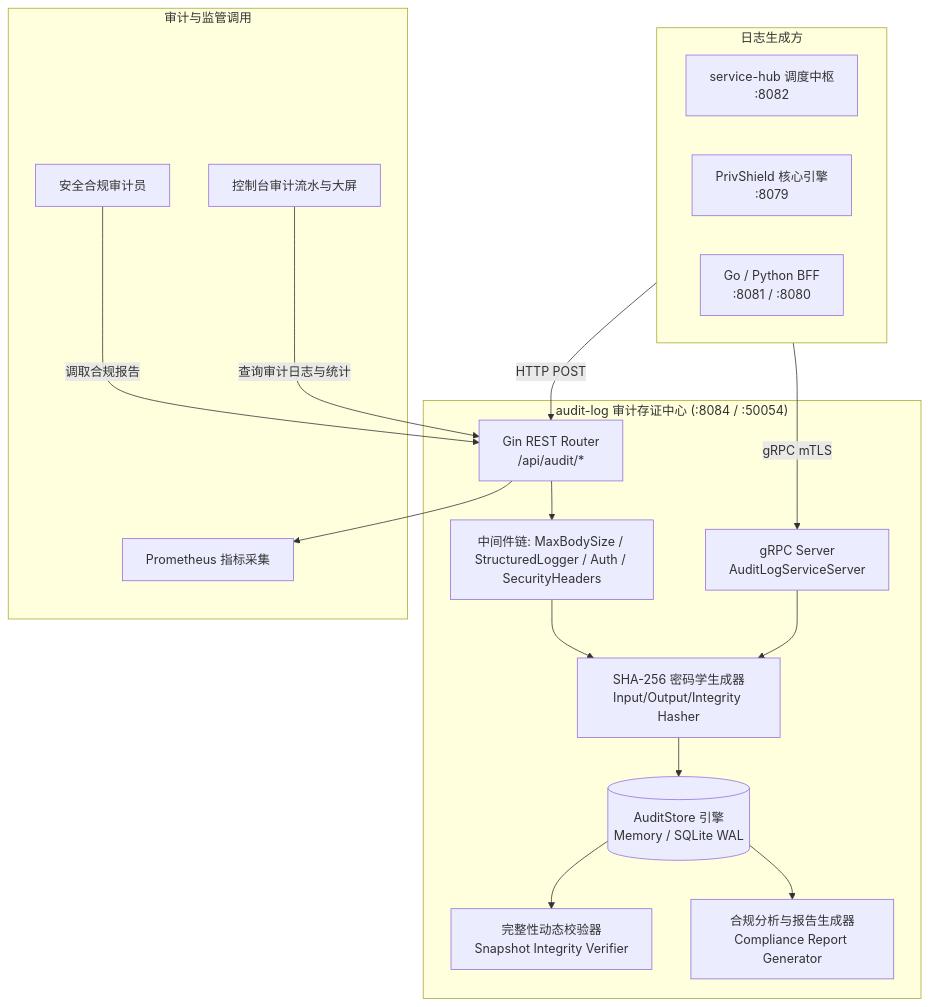
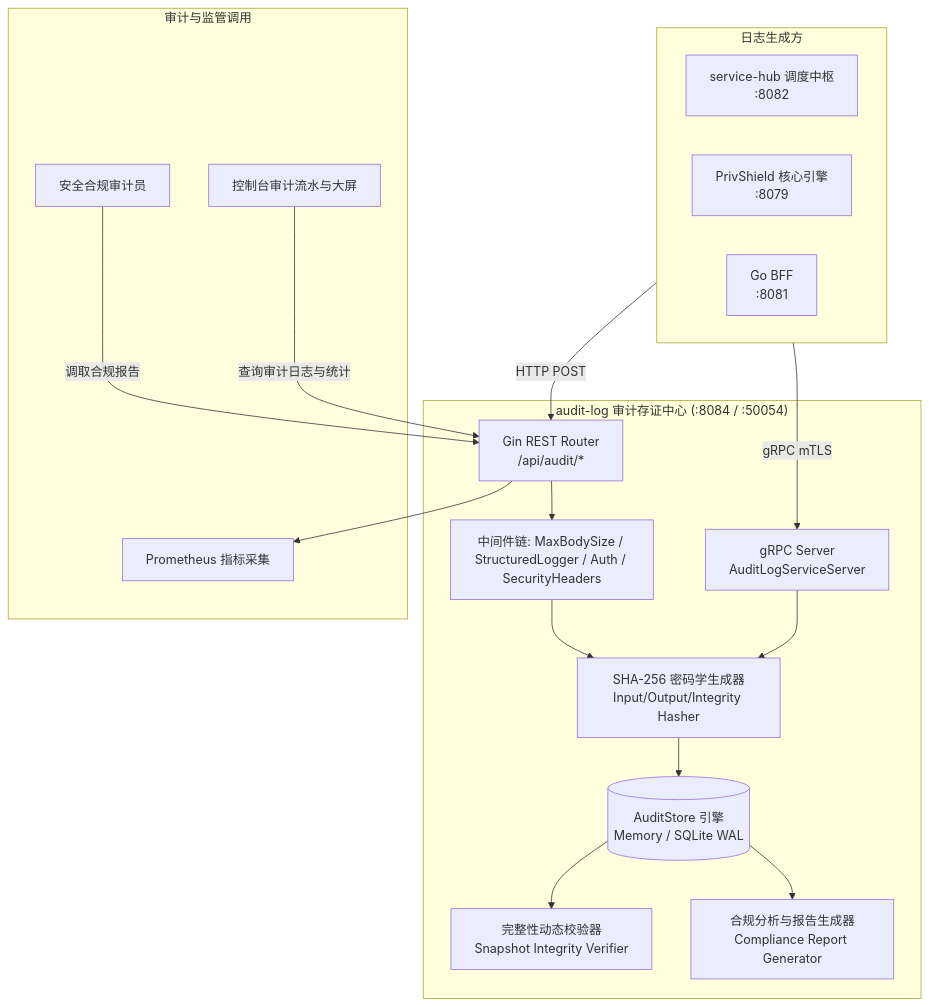
One commit to fengzhizi319/PrivShield changed the first of 3 diagrams in services/audit-log/docs/learning-guide.md. Above: the diagram before and after it, drawn with Mermaid. The commit also changed 89 other files, not shown here.

````diff
--- a/services/audit-log/docs/learning-guide.md
+++ b/services/audit-log/docs/learning-guide.md
@@ -70,40 +70,40 @@
 ```mermaid
 flowchart TB
     subgraph Producers [日志生成方]
         ServiceHub[service-hub 调度中枢<br/>:8082]
         Agent[PrivShield 核心引擎<br/>:8079]
-        BFF[Go / Python BFF<br/>:8081 / :8080]
+        BFF[Go BFF<br/>:8081]
     end
 
     subgraph AuditLogService ["audit-log 审计存证中心 (:8084 / :50054)"]
         GinRouter[Gin REST Router<br/>/api/audit/*]
         GRPCSrv[gRPC Server<br/>AuditLogServiceServer]
         MW[中间件链: MaxBodySize / StructuredLogger / Auth / SecurityHeaders]
         
         Hasher[SHA-256 密码学生成器<br/>Input/Output/Integrity Hasher]
         Verifier[完整性动态校验器<br/>Snapshot Integrity Verifier]
         Reporter[合规分析与报告生成器<br/>Compliance Report Generator]
         
         AuditStore[(AuditStore 引擎<br/>Memory / SQLite WAL)]
     end
 
     subgraph Consumers [审计与监管调用]
         Auditor[安全合规审计员]
         WebUI[控制台审计流水与大屏]
         Prometheus[Prometheus 指标采集]
     end
 
     Producers -->|HTTP POST| GinRouter
     Producers -->|gRPC mTLS| GRPCSrv
 
     GinRouter --> MW --> Hasher
     GRPCSrv --> Hasher
 
     Hasher --> AuditStore
     AuditStore --> Verifier
     AuditStore --> Reporter
 
     Auditor -->|调取合规报告| GinRouter
     WebUI -->|查询审计日志与统计| GinRouter
     GinRouter --> Prometheus
 ```
````
